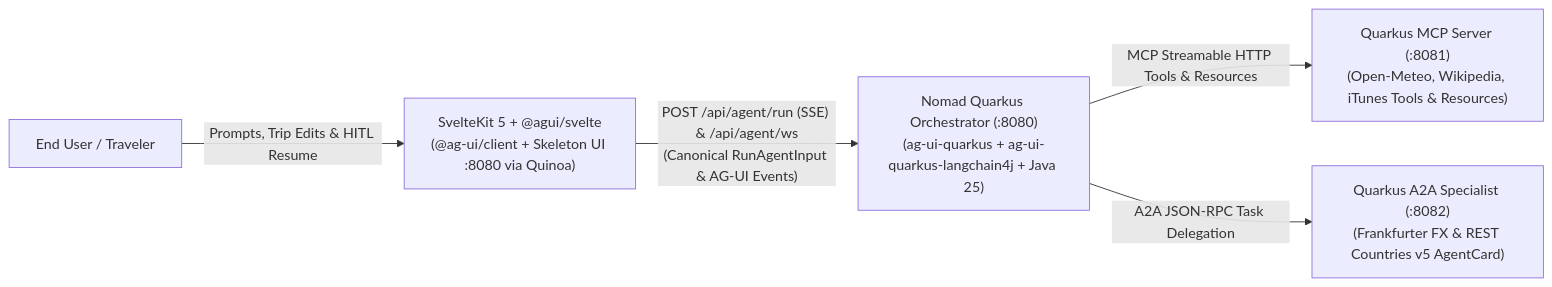
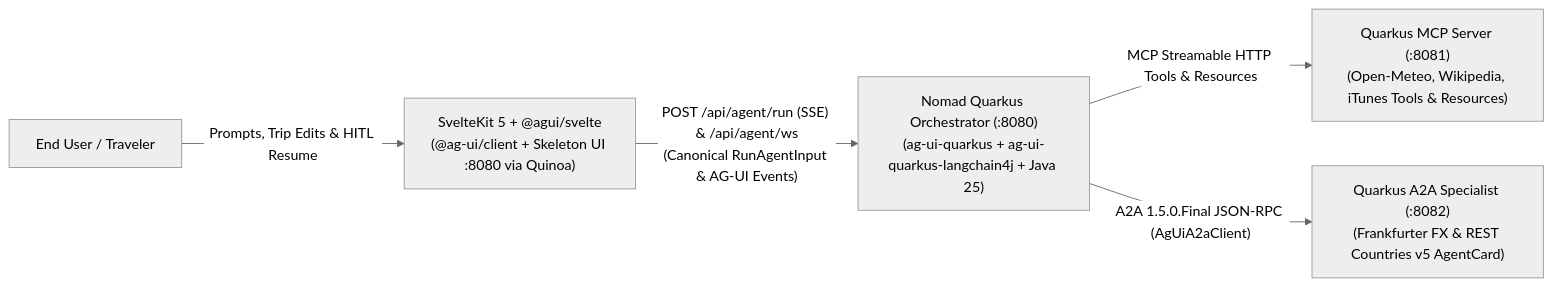
One commit to fmatar/quarkus-agui changed the first of 3 diagrams in docs/specs/C4_ARCHITECTURE.md. Above: the diagram before and after it, drawn with Mermaid. The commit also changed other lines of this file and 14 other files, not shown here.

````diff
--- a/docs/specs/C4_ARCHITECTURE.md
+++ b/docs/specs/C4_ARCHITECTURE.md
@@ -5,13 +5,14 @@
 ```mermaid
+%%{init: {'theme': 'neutral'}}%%
 flowchart LR
     User["End User / Traveler"]
     Client["SvelteKit 5 + @agui/svelte\n(@ag-ui/client + Skeleton UI :8080 via Quinoa)"]
     Backend["Nomad Quarkus Orchestrator (:8080)\n(ag-ui-quarkus + ag-ui-quarkus-langchain4j + Java 25)"]
     McpServer["Quarkus MCP Server (:8081)\n(Open-Meteo, Wikipedia, iTunes Tools & Resources)"]
     A2aServer["Quarkus A2A Specialist (:8082)\n(Frankfurter FX & REST Countries v5 AgentCard)"]
 
     User -->|"Prompts, Trip Edits & HITL Resume"| Client
     Client -->|"POST /api/agent/run (SSE) & /api/agent/ws\n(Canonical RunAgentInput & AG-UI Events)"| Backend
     Backend -->|"MCP Streamable HTTP Tools & Resources"| McpServer
-    Backend -->|"A2A JSON-RPC Task Delegation"| A2aServer
+    Backend -->|"A2A 1.5.0.Final JSON-RPC (AgUiA2aClient)"| A2aServer
 ```
````
